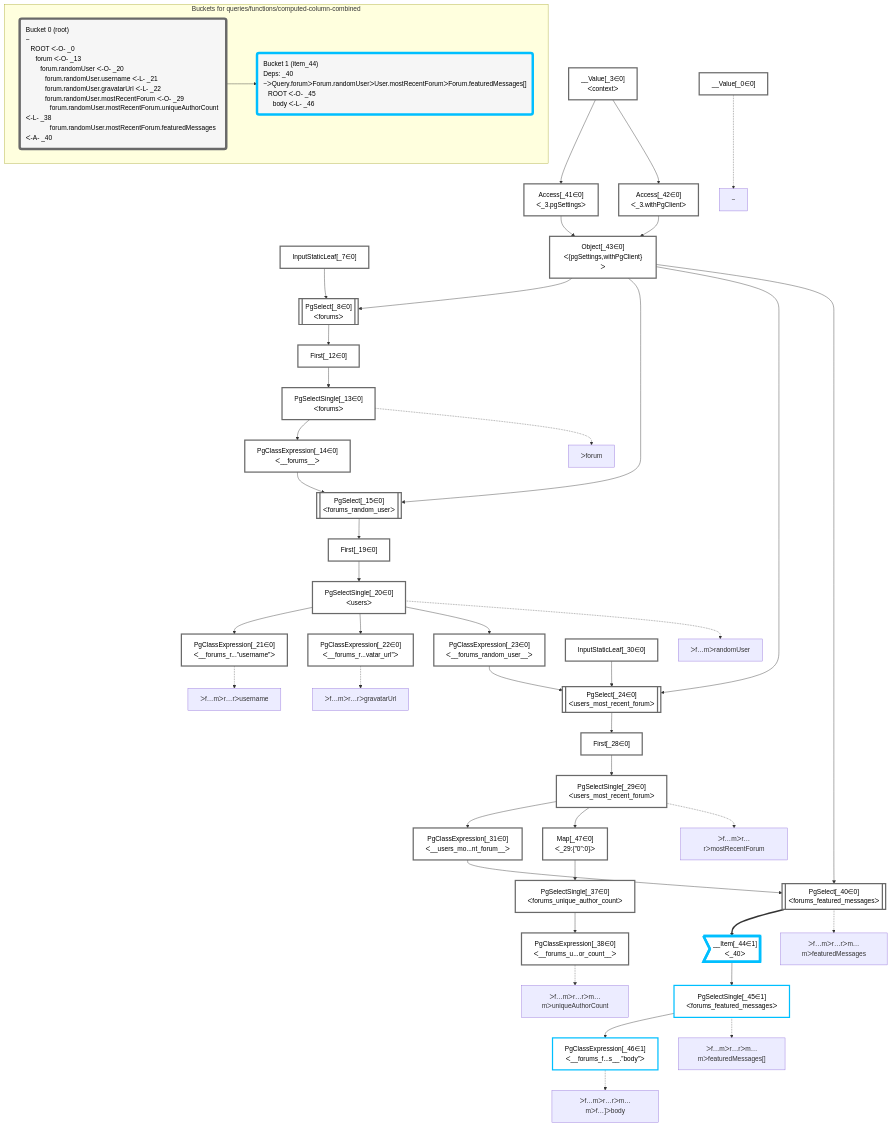
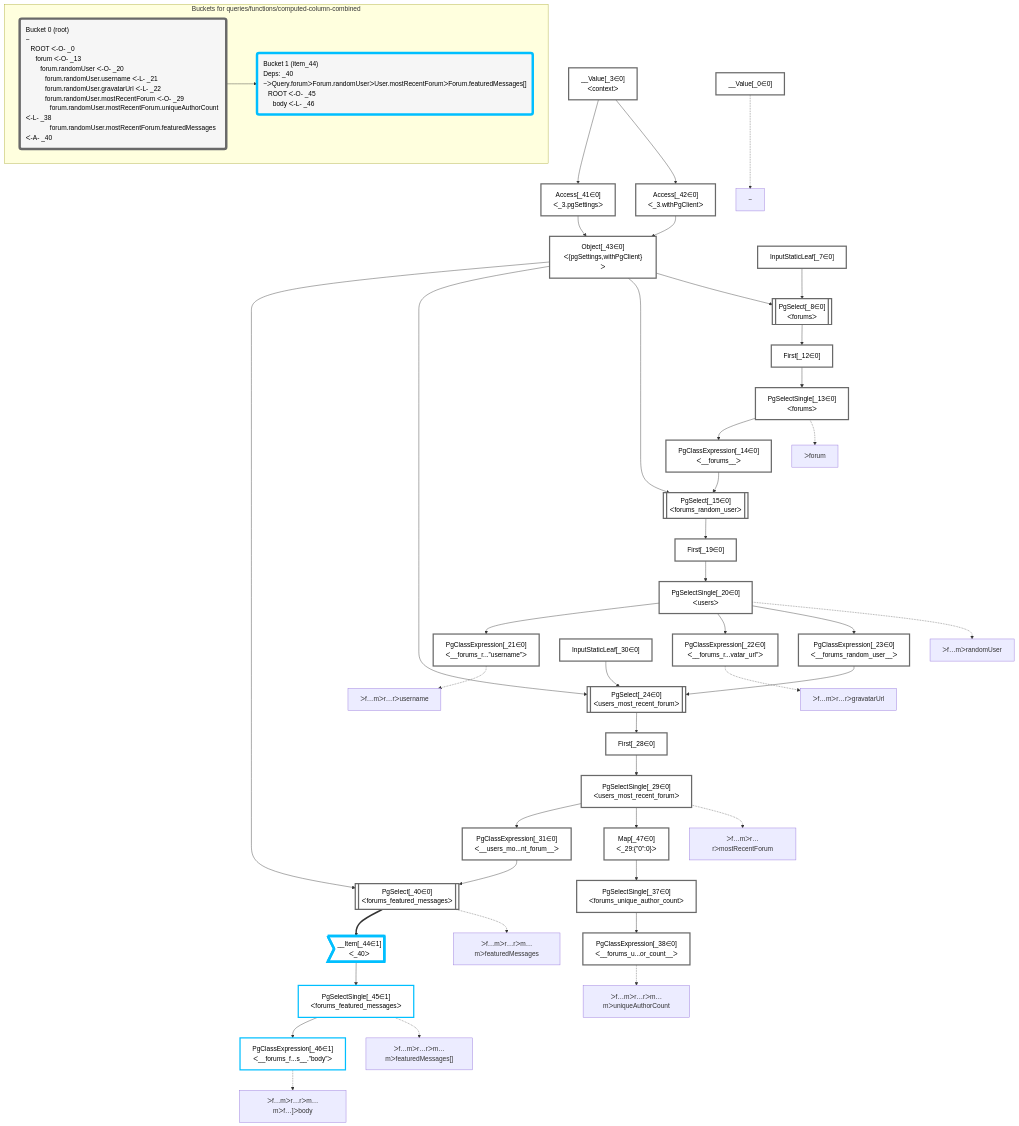
One commit to graphile/crystal changed the diagram in packages/dataplan-pg/__tests__/queries/functions/computed-column-combined.deopt.mermaid.md. Above: the diagram before and after it, drawn with Mermaid. The commit also changed other lines of this file and 195 other files, not shown here.

```diff
--- a/packages/dataplan-pg/__tests__/queries/functions/computed-column-combined.deopt.mermaid.md
+++ b/packages/dataplan-pg/__tests__/queries/functions/computed-column-combined.deopt.mermaid.md
@@ -9,59 +9,59 @@
 
     %% define plans
     __Value_0["__Value[_0∈0]"]:::plan
+    PgClassExpression_21["PgClassExpression[_21∈0]<br />ᐸ__forums_r...”username”ᐳ"]:::plan
+    PgClassExpression_22["PgClassExpression[_22∈0]<br />ᐸ__forums_r...vatar_url”ᐳ"]:::plan
+    PgClassExpression_46["PgClassExpression[_46∈1]<br />ᐸ__forums_f...s__.”body”ᐳ"]:::plan
+    PgSelectSingle_45["PgSelectSingle[_45∈1]<br />ᐸforums_featured_messagesᐳ"]:::plan
+    __Item_44>"__Item[_44∈1]<br />ᐸ_40ᐳ"]:::itemplan
+    PgSelect_40[["PgSelect[_40∈0]<br />ᐸforums_featured_messagesᐳ"]]:::plan
+    PgClassExpression_31["PgClassExpression[_31∈0]<br />ᐸ__users_mo...nt_forum__ᐳ"]:::plan
+    PgClassExpression_38["PgClassExpression[_38∈0]<br />ᐸ__forums_u...or_count__ᐳ"]:::plan
+    PgSelectSingle_37["PgSelectSingle[_37∈0]<br />ᐸforums_unique_author_countᐳ"]:::plan
+    Map_47["Map[_47∈0]<br />ᐸ_29:{”0”:0}ᐳ"]:::plan
+    PgSelectSingle_29["PgSelectSingle[_29∈0]<br />ᐸusers_most_recent_forumᐳ"]:::plan
+    First_28["First[_28∈0]"]:::plan
+    PgSelect_24[["PgSelect[_24∈0]<br />ᐸusers_most_recent_forumᐳ"]]:::plan
+    PgClassExpression_23["PgClassExpression[_23∈0]<br />ᐸ__forums_random_user__ᐳ"]:::plan
+    PgSelectSingle_20["PgSelectSingle[_20∈0]<br />ᐸusersᐳ"]:::plan
+    First_19["First[_19∈0]"]:::plan
+    PgSelect_15[["PgSelect[_15∈0]<br />ᐸforums_random_userᐳ"]]:::plan
+    PgClassExpression_14["PgClassExpression[_14∈0]<br />ᐸ__forums__ᐳ"]:::plan
+    PgSelectSingle_13["PgSelectSingle[_13∈0]<br />ᐸforumsᐳ"]:::plan
+    First_12["First[_12∈0]"]:::plan
+    PgSelect_8[["PgSelect[_8∈0]<br />ᐸforumsᐳ"]]:::plan
+    Object_43["Object[_43∈0]<br />ᐸ{pgSettings,withPgClient}ᐳ"]:::plan
+    Access_41["Access[_41∈0]<br />ᐸ_3.pgSettingsᐳ"]:::plan
+    Access_42["Access[_42∈0]<br />ᐸ_3.withPgClientᐳ"]:::plan
     __Value_3["__Value[_3∈0]<br />ᐸcontextᐳ"]:::plan
     InputStaticLeaf_7["InputStaticLeaf[_7∈0]"]:::plan
-    PgSelect_8[["PgSelect[_8∈0]<br />ᐸforumsᐳ"]]:::plan
-    First_12["First[_12∈0]"]:::plan
-    PgSelectSingle_13["PgSelectSingle[_13∈0]<br />ᐸforumsᐳ"]:::plan
-    PgClassExpression_14["PgClassExpression[_14∈0]<br />ᐸ__forums__ᐳ"]:::plan
-    PgSelect_15[["PgSelect[_15∈0]<br />ᐸforums_random_userᐳ"]]:::plan
-    First_19["First[_19∈0]"]:::plan
-    PgSelectSingle_20["PgSelectSingle[_20∈0]<br />ᐸusersᐳ"]:::plan
-    PgClassExpression_21["PgClassExpression[_21∈0]<br />ᐸ__forums_r...”username”ᐳ"]:::plan
-    PgClassExpression_22["PgClassExpression[_22∈0]<br />ᐸ__forums_r...vatar_url”ᐳ"]:::plan
-    PgClassExpression_23["PgClassExpression[_23∈0]<br />ᐸ__forums_random_user__ᐳ"]:::plan
-    PgSelect_24[["PgSelect[_24∈0]<br />ᐸusers_most_recent_forumᐳ"]]:::plan
-    First_28["First[_28∈0]"]:::plan
-    PgSelectSingle_29["PgSelectSingle[_29∈0]<br />ᐸusers_most_recent_forumᐳ"]:::plan
     InputStaticLeaf_30["InputStaticLeaf[_30∈0]"]:::plan
-    PgClassExpression_31["PgClassExpression[_31∈0]<br />ᐸ__users_mo...nt_forum__ᐳ"]:::plan
-    PgSelectSingle_37["PgSelectSingle[_37∈0]<br />ᐸforums_unique_author_countᐳ"]:::plan
-    PgClassExpression_38["PgClassExpression[_38∈0]<br />ᐸ__forums_u...or_count__ᐳ"]:::plan
-    PgSelect_40[["PgSelect[_40∈0]<br />ᐸforums_featured_messagesᐳ"]]:::plan
-    Access_41["Access[_41∈0]<br />ᐸ_3.pgSettingsᐳ"]:::plan
-    Access_42["Access[_42∈0]<br />ᐸ_3.withPgClientᐳ"]:::plan
-    Object_43["Object[_43∈0]<br />ᐸ{pgSettings,withPgClient}ᐳ"]:::plan
-    __Item_44>"__Item[_44∈1]<br />ᐸ_40ᐳ"]:::itemplan
-    PgSelectSingle_45["PgSelectSingle[_45∈1]<br />ᐸforums_featured_messagesᐳ"]:::plan
-    PgClassExpression_46["PgClassExpression[_46∈1]<br />ᐸ__forums_f...s__.”body”ᐳ"]:::plan
-    Map_47["Map[_47∈0]<br />ᐸ_29:{”0”:0}ᐳ"]:::plan
 
     %% plan dependencies
-    Object_43 & InputStaticLeaf_7 --> PgSelect_8
-    PgSelect_8 --> First_12
-    First_12 --> PgSelectSingle_13
-    PgSelectSingle_13 --> PgClassExpression_14
-    Object_43 & PgClassExpression_14 --> PgSelect_15
-    PgSelect_15 --> First_19
-    First_19 --> PgSelectSingle_20
     PgSelectSingle_20 --> PgClassExpression_21
     PgSelectSingle_20 --> PgClassExpression_22
+    PgSelectSingle_45 --> PgClassExpression_46
+    __Item_44 --> PgSelectSingle_45
+    PgSelect_40 ==> __Item_44
+    Object_43 & PgClassExpression_31 --> PgSelect_40
+    PgSelectSingle_29 --> PgClassExpression_31
+    PgSelectSingle_37 --> PgClassExpression_38
+    Map_47 --> PgSelectSingle_37
+    PgSelectSingle_29 --> Map_47
+    First_28 --> PgSelectSingle_29
+    PgSelect_24 --> First_28
+    Object_43 & PgClassExpression_23 & InputStaticLeaf_30 --> PgSelect_24
     PgSelectSingle_20 --> PgClassExpression_23
-    Object_43 & PgClassExpression_23 & InputStaticLeaf_30 --> PgSelect_24
-    PgSelect_24 --> First_28
-    First_28 --> PgSelectSingle_29
-    PgSelectSingle_29 --> PgClassExpression_31
-    Map_47 --> PgSelectSingle_37
-    PgSelectSingle_37 --> PgClassExpression_38
-    Object_43 & PgClassExpression_31 --> PgSelect_40
+    First_19 --> PgSelectSingle_20
+    PgSelect_15 --> First_19
+    Object_43 & PgClassExpression_14 --> PgSelect_15
+    PgSelectSingle_13 --> PgClassExpression_14
+    First_12 --> PgSelectSingle_13
+    PgSelect_8 --> First_12
+    Object_43 & InputStaticLeaf_7 --> PgSelect_8
+    Access_41 & Access_42 --> Object_43
     __Value_3 --> Access_41
     __Value_3 --> Access_42
-    Access_41 & Access_42 --> Object_43
-    PgSelect_40 ==> __Item_44
-    __Item_44 --> PgSelectSingle_45
-    PgSelectSingle_45 --> PgClassExpression_46
-    PgSelectSingle_29 --> Map_47
 
     %% plan-to-path relationships
     P_0["~"]
```
